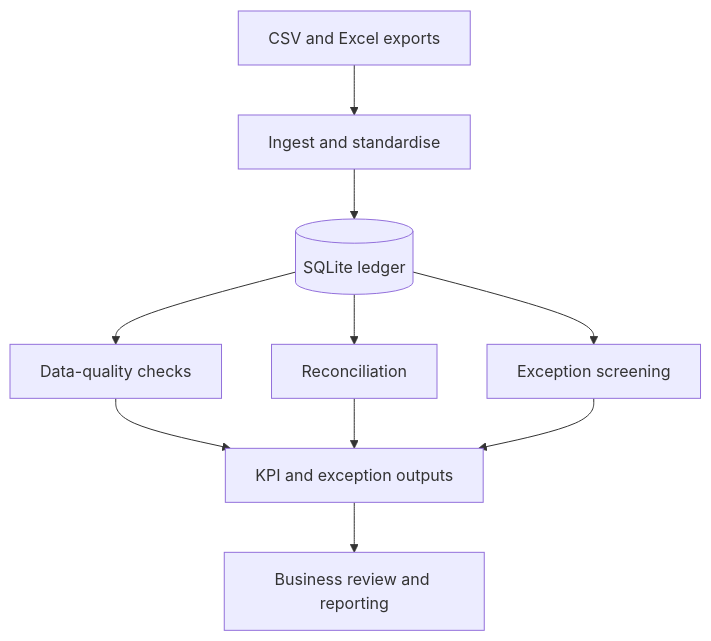
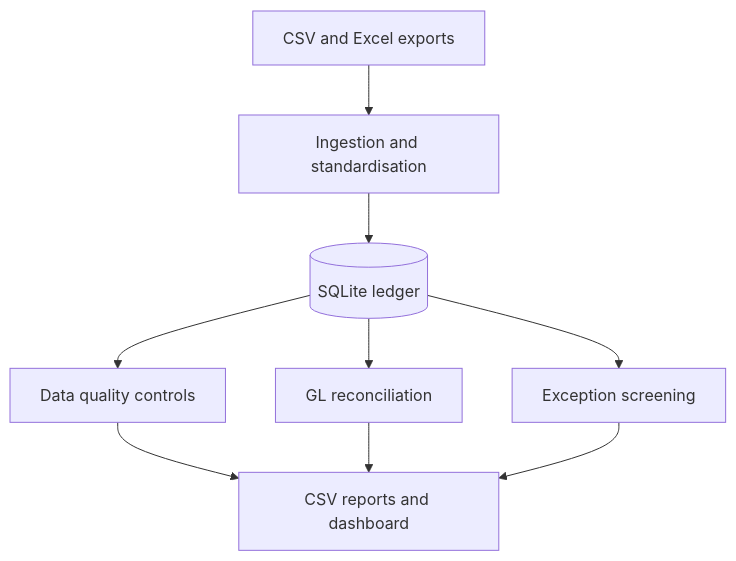
The diagram in README.md (varshithyadav17/Transaction-data-quality-reconciliation), drawn with Mermaid before and after one commit. The commit also changed other lines of this file, not shown here.

````diff
--- a/README.md
+++ b/README.md
@@ -28,12 +25,11 @@
-```mermaid
+~~~mermaid
 flowchart TD
-    A[CSV and Excel exports] --> B[Ingest and standardise]
+    A[CSV and Excel exports] --> B[Ingestion and standardisation]
     B --> C[(SQLite ledger)]
-    C --> D[Data-quality checks]
-    C --> E[Reconciliation]
+    C --> D[Data quality controls]
+    C --> E[GL reconciliation]
     C --> F[Exception screening]
-    D --> G[KPI and exception outputs]
+    D --> G[CSV reports and dashboard]
     E --> G
     F --> G
-    G --> H[Business review and reporting]
-```
+~~~
````
